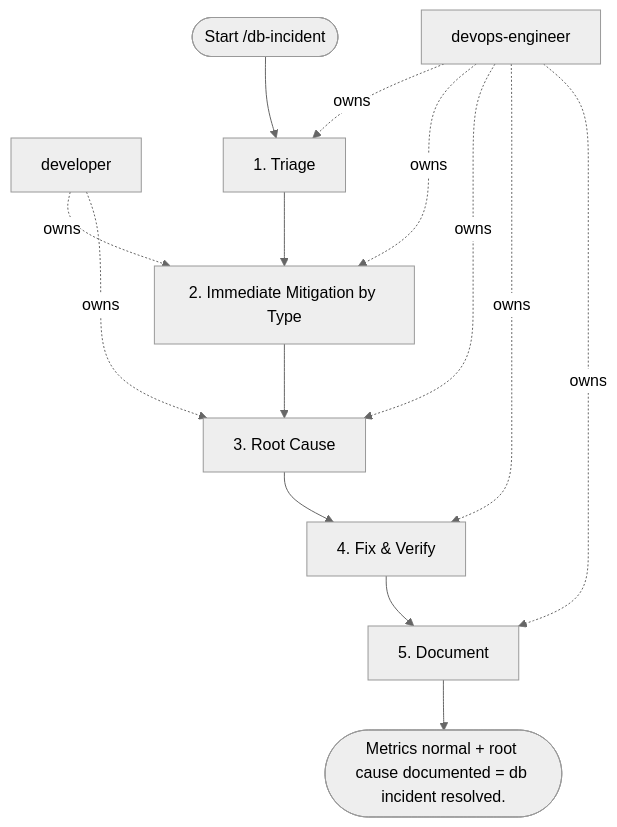
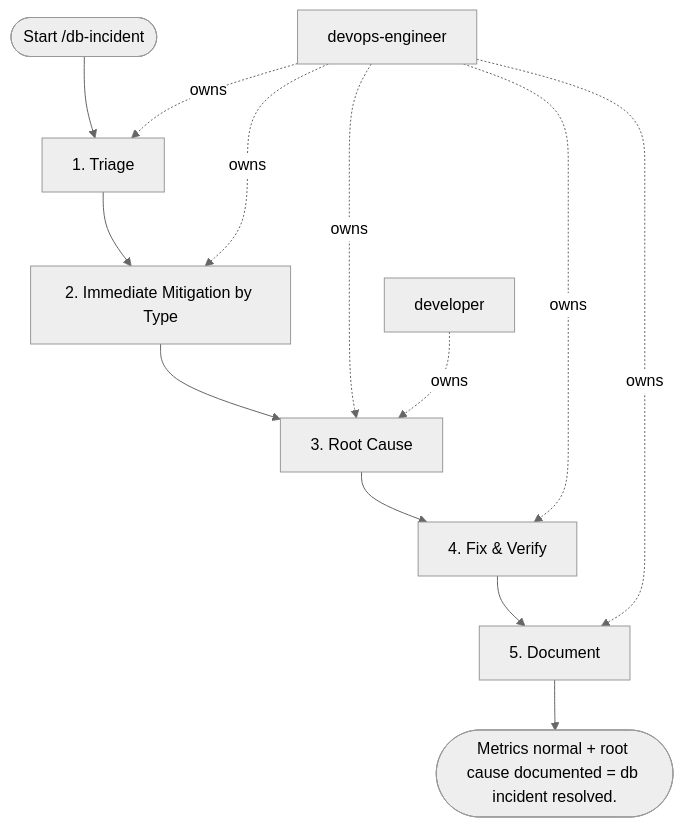
The diagram in areas/devops/database-ops/workflows/db-incident.md (sawrus/agent-guides), drawn with Mermaid (neutral theme) before and after one commit. The commit also changed other lines of this file and 88 other files, not shown here.

````diff
--- a/areas/devops/database-ops/workflows/db-incident.md
+++ b/areas/devops/database-ops/workflows/db-incident.md
@@ -88,25 +98,24 @@
 ```mermaid
 flowchart TD
   start(["Start /db-incident"])
   role_1["devops-engineer"]
   role_2["developer"]
   step_1["1. Triage"]
   step_2["2. Immediate Mitigation by Type"]
   step_3["3. Root Cause"]
   step_4["4. Fix & Verify"]
   step_5["5. Document"]
   exit(["Metrics normal + root cause documented = db incident resolved."])
   start --> step_1
   step_1 --> step_2
   step_2 --> step_3
   step_3 --> step_4
   step_4 --> step_5
   step_5 --> exit
   role_1 -. owns .-> step_1
-  role_2 -. owns .-> step_2
   role_1 -. owns .-> step_2
   role_1 -. owns .-> step_3
   role_2 -. owns .-> step_3
   role_1 -. owns .-> step_4
   role_1 -. owns .-> step_5
 ```
````
